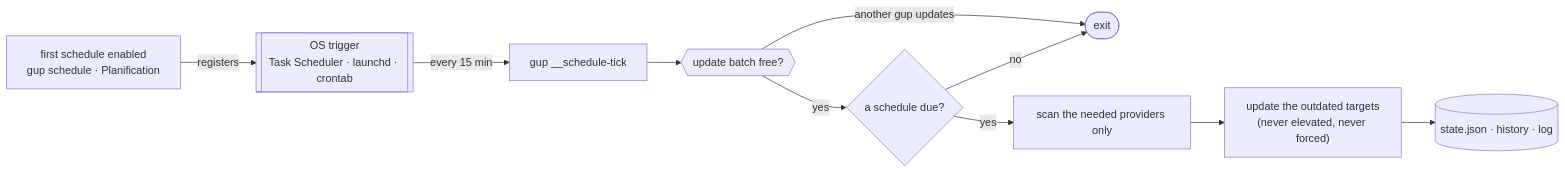
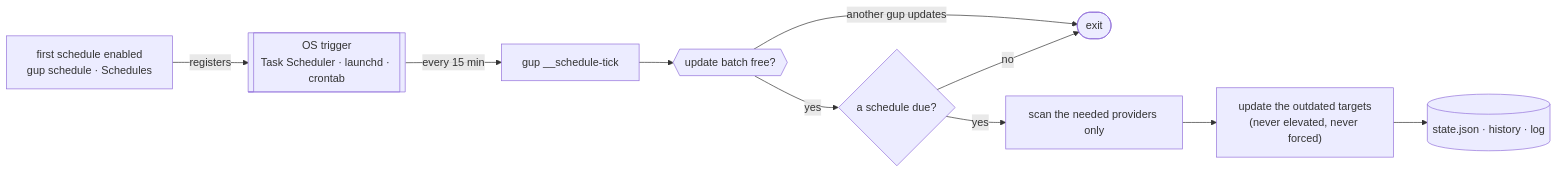
One commit to LINDECKER-Charles/gup changed the diagram in docs/guide/scheduled-updates.md. Above: the diagram before and after it, drawn with Mermaid. The commit also changed other lines of this file and 12 other files, not shown here.

````diff
--- a/docs/guide/scheduled-updates.md
+++ b/docs/guide/scheduled-updates.md
@@ -37,12 +38,12 @@
 ```mermaid
 flowchart LR
-  Save["first schedule enabled<br/>gup schedule · Planification"] -->|registers| OS[["OS trigger<br/>Task Scheduler · launchd · crontab"]]
+  Save["first schedule enabled<br/>gup schedule · Schedules"] -->|registers| OS[["OS trigger<br/>Task Scheduler · launchd · crontab"]]
   OS -- every 15 min --> Tick["gup __schedule-tick"]
   Tick --> Batch{{"update batch free?"}}
   Batch -- "another gup updates" --> Exit(["exit"])
   Batch -- yes --> Due{"a schedule due?"}
   Due -- no --> Exit
   Due -- yes --> Scan["scan the needed providers only"]
   Scan --> Update["update the outdated targets<br/>(never elevated, never forced)"]
   Update --> Record[("state.json · history · log")]
 ```
````
